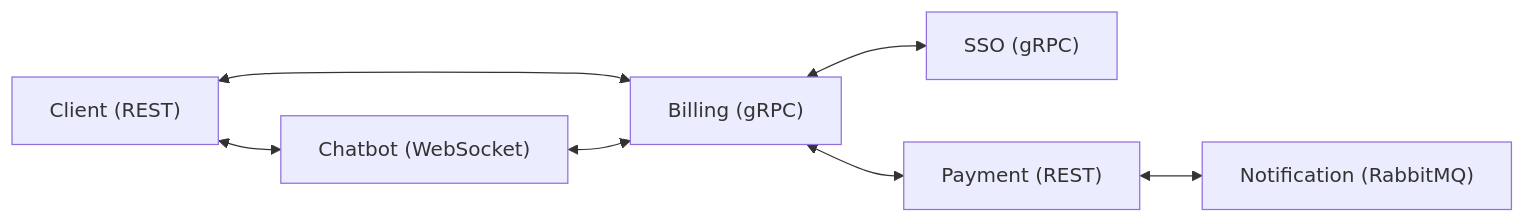
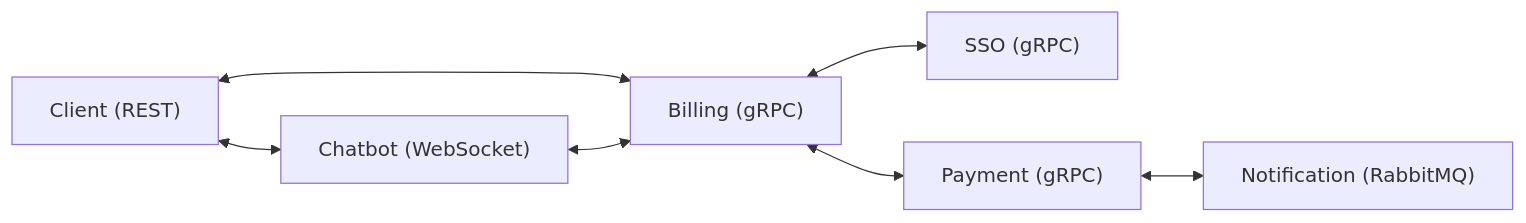
Before and after one commit to DarthanHawke/finance-system: the diagram in README.md, drawn with Mermaid. The commit also changed other lines of this file and 1 other file, not shown here.

Commit message:
update payment: now it gRPC server, fix sso, billing, add payment protobuf, fix docket-compose, change readme

````diff
--- a/README.md
+++ b/README.md
@@ -43,9 +41,9 @@
 ```mermaid
 flowchart LR
     Client["Client (REST)"] <--> Billing["Billing (gRPC)"]
     Client <--> Chatbot["Chatbot (WebSocket)"]
     Chatbot <--> Billing["Billing (gRPC)"]
     Billing <--> SSO["SSO (gRPC)"]
-    Billing <--> Payment["Payment (REST)"]
+    Billing <--> Payment["Payment (gRPC)"]
     Payment <--> Notification["Notification (RabbitMQ)"]
 ``` 
````
